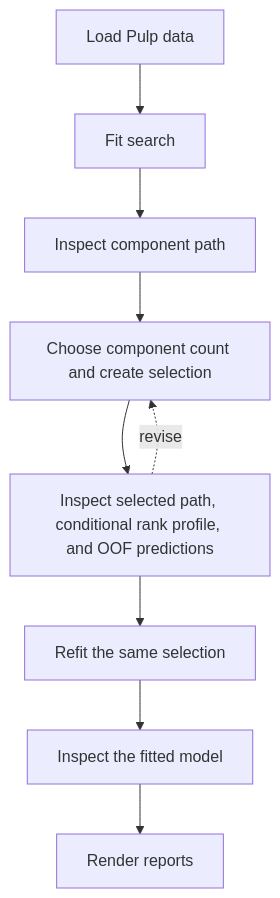
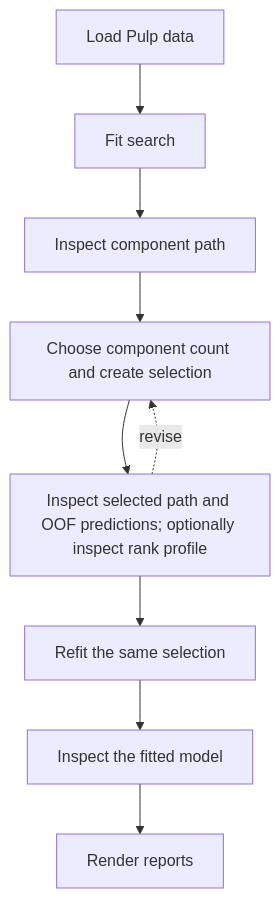
Before and after one commit to stefanlindstroem/pipls_private: the diagram in docs/tutorials/pulp.md, drawn with Mermaid. The commit also changed other lines of this file and 3 other files, not shown here.

````diff
--- a/docs/tutorials/pulp.md
+++ b/docs/tutorials/pulp.md
@@ -14,14 +22,14 @@
 ```mermaid
 flowchart TD
     load["Load Pulp data"]
     search["Fit search"]
     path["Inspect component path"]
     select["Choose component count and create selection"]
-    review["Inspect selected path, conditional rank profile, and OOF predictions"]
+    review["Inspect selected path and OOF predictions; optionally inspect rank profile"]
     refit["Refit the same selection"]
     analyze["Inspect the fitted model"]
     render["Render reports"]
 
     load --> search --> path --> select --> review --> refit --> analyze --> render
     review -. "revise" .-> select
 ```
````
